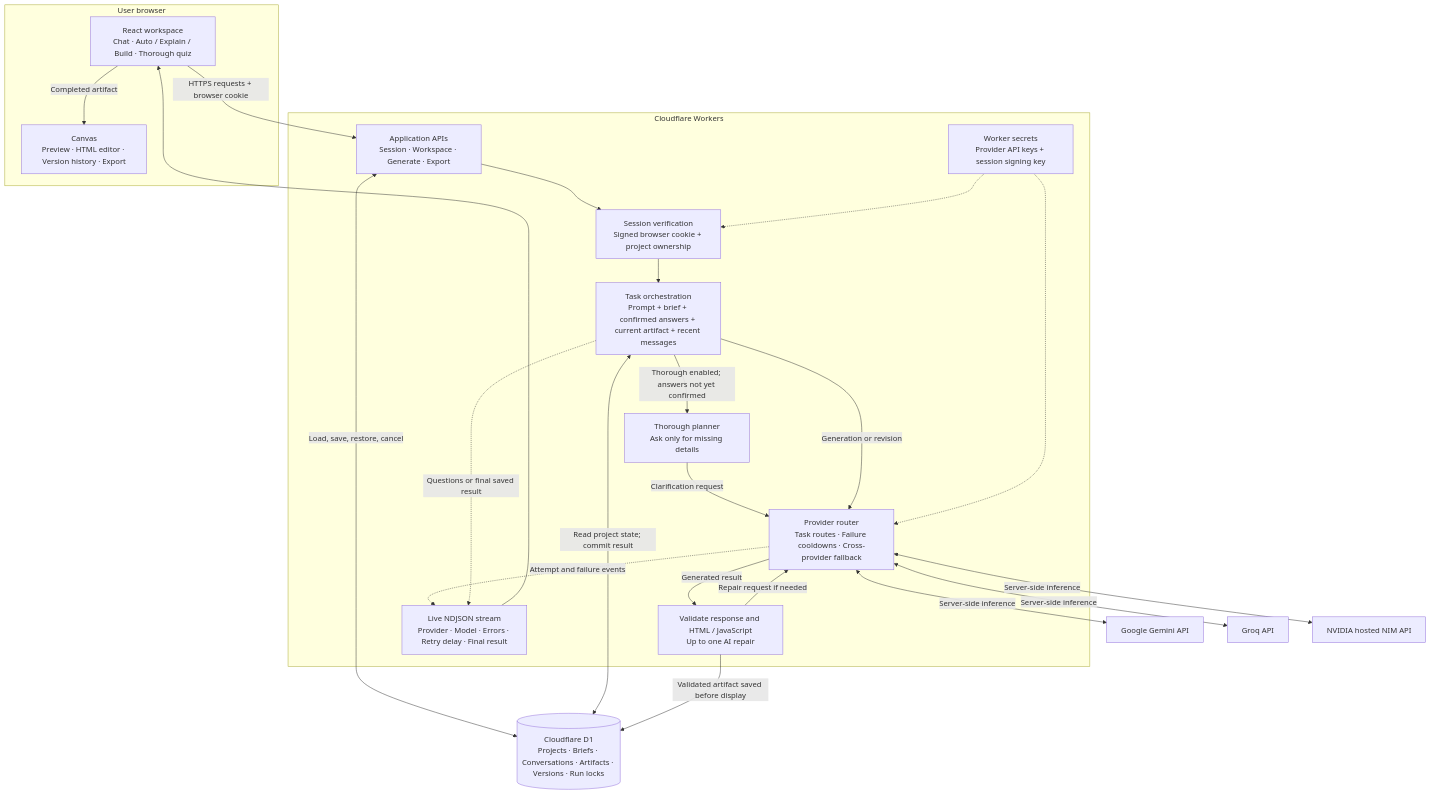
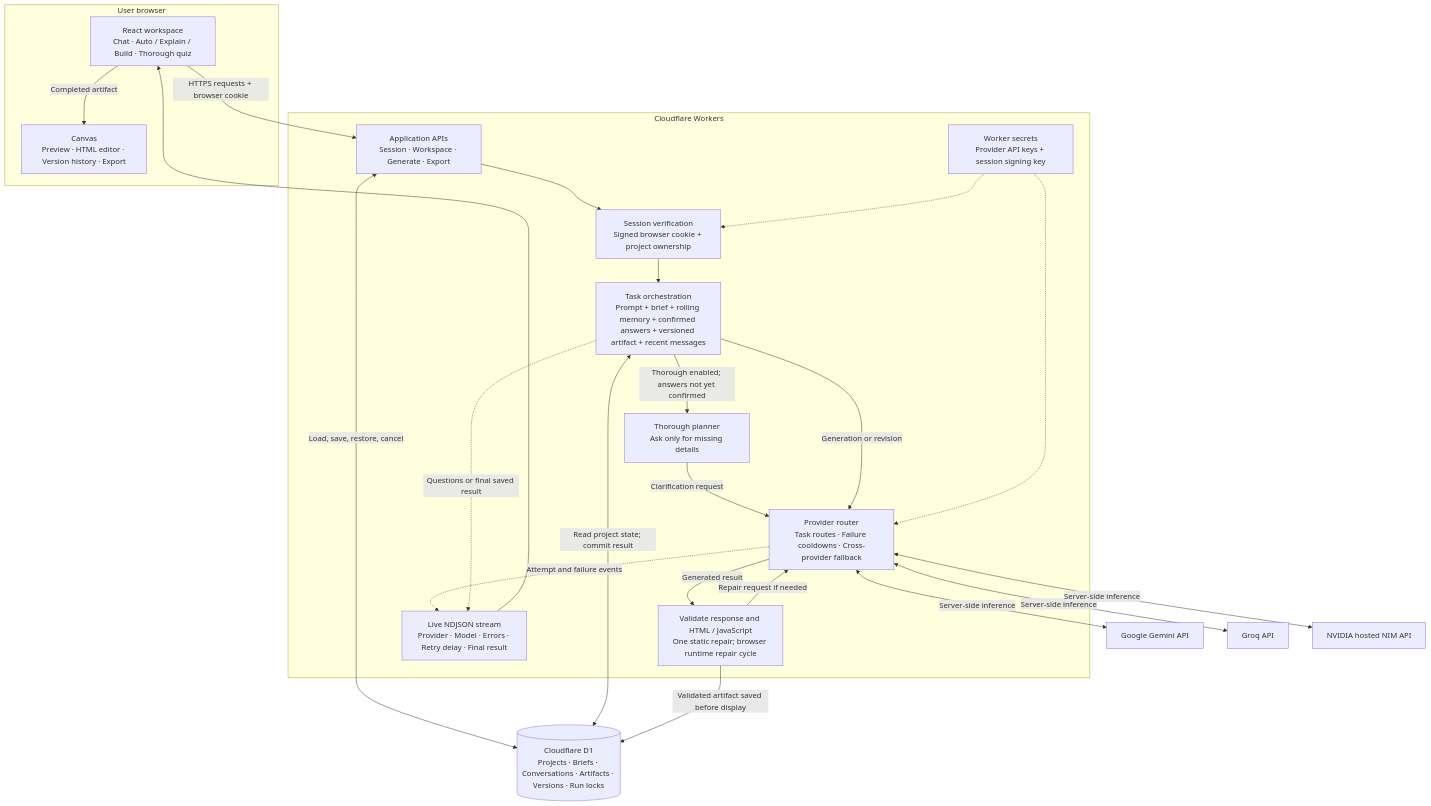
Before and after one commit to relatively-simple/convoke: the first of 2 diagrams in ARCHITECTURE.md, drawn with Mermaid. The commit also changed other lines of this file and 33 other files, not shown here.

Commit message:
Add shared canvas memory, runtime repairs, and visual answers

````diff
--- a/ARCHITECTURE.md
+++ b/ARCHITECTURE.md
@@ -5,44 +5,44 @@
 ```mermaid
 flowchart TB
   subgraph browser["User browser"]
     UI["React workspace<br/>Chat · Auto / Explain / Build · Thorough quiz"]
     Canvas["Canvas<br/>Preview · HTML editor · Version history · Export"]
     UI -->|"Completed artifact"| Canvas
   end
 
   subgraph cloudflare["Cloudflare Workers"]
     API["Application APIs<br/>Session · Workspace · Generate · Export"]
     Auth["Session verification<br/>Signed browser cookie + project ownership"]
-    Engine["Task orchestration<br/>Prompt + brief + confirmed answers + current artifact + recent messages"]
+    Engine["Task orchestration<br/>Prompt + brief + rolling memory + confirmed answers + versioned artifact + recent messages"]
     Planner["Thorough planner<br/>Ask only for missing details"]
     Router["Provider router<br/>Task routes · Failure cooldowns · Cross-provider fallback"]
-    Checks["Validate response and HTML / JavaScript<br/>Up to one AI repair"]
+    Checks["Validate response and HTML / JavaScript<br/>One static repair; browser runtime repair cycle"]
     Progress["Live NDJSON stream<br/>Provider · Model · Errors · Retry delay · Final result"]
     Secrets["Worker secrets<br/>Provider API keys + session signing key"]
 
     API --> Auth --> Engine
     Engine -->|"Thorough enabled; answers not yet confirmed"| Planner
     Planner -->|"Clarification request"| Router
     Engine -->|"Generation or revision"| Router
     Router -->|"Generated result"| Checks
     Checks -->|"Repair request if needed"| Router
     Router -.->|"Attempt and failure events"| Progress
     Engine -.->|"Questions or final saved result"| Progress
     Secrets -.-> Auth
     Secrets -.-> Router
   end
 
   DB[("Cloudflare D1<br/>Projects · Briefs · Conversations · Artifacts · Versions · Run locks")]
   Gemini["Google Gemini API"]
   Groq["Groq API"]
   NVIDIA["NVIDIA hosted NIM API"]
 
   UI -->|"HTTPS requests + browser cookie"| API
   API <-->|"Load, save, restore, cancel"| DB
   Engine <-->|"Read project state; commit result"| DB
   Checks -->|"Validated artifact saved before display"| DB
   Progress --> UI
   Router <-->|"Server-side inference"| Gemini
   Router <-->|"Server-side inference"| Groq
   Router <-->|"Server-side inference"| NVIDIA
 ```
````
